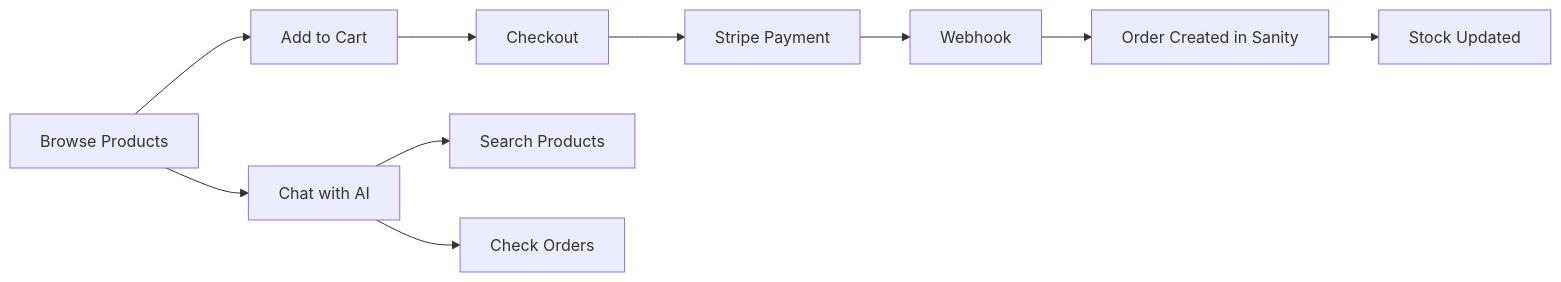
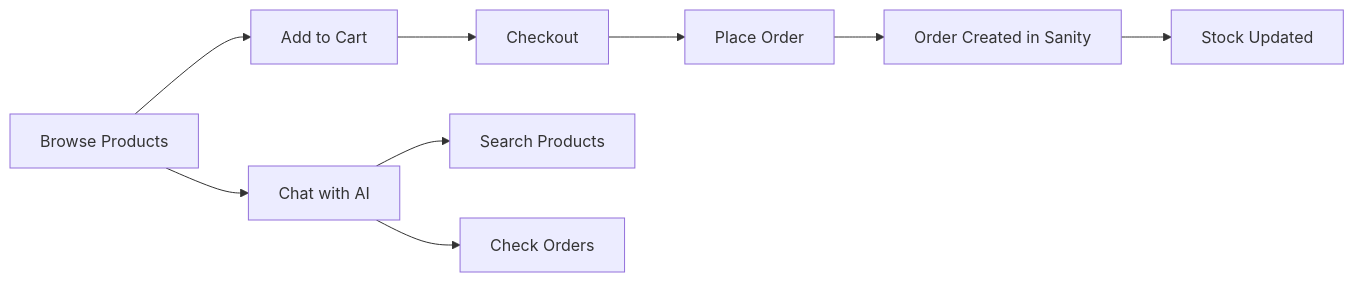
The first of 3 diagrams in README.md (fhbthenorthstar/gold-gym-shop), drawn with Mermaid before and after one commit. The commit also changed other lines of this file and 14 other files, not shown here.

````diff
--- a/README.md
+++ b/README.md
@@ -168,13 +167,12 @@
 ```mermaid
 flowchart LR
     A[Browse Products] --> B[Add to Cart]
     B --> C[Checkout]
-    C --> D[Stripe Payment]
-    D --> E[Webhook]
-    E --> F[Order Created in Sanity]
-    F --> G[Stock Updated]
+    C --> D[Place Order]
+    D --> E[Order Created in Sanity]
+    E --> F[Stock Updated]
     
     A --> H[Chat with AI]
     H --> I[Search Products]
     H --> J[Check Orders]
 ```
````
